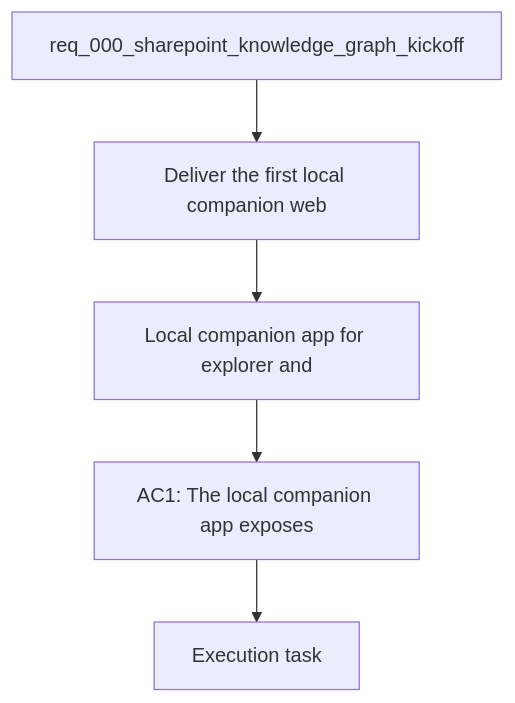
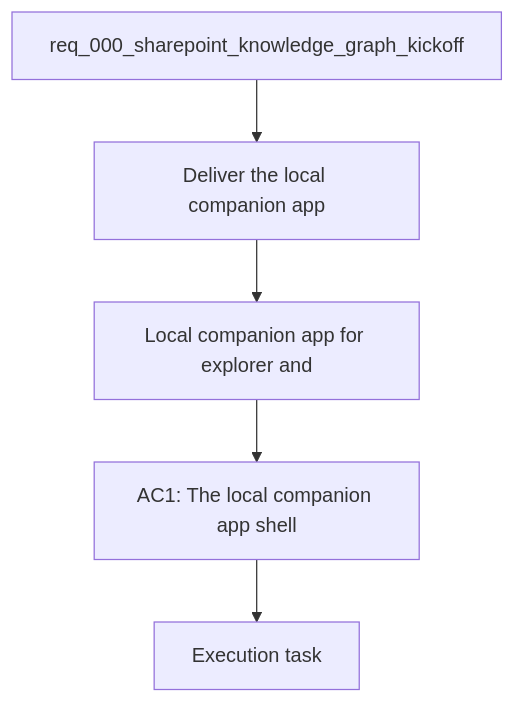
One commit to AlexAgo83/deepvault changed the diagram in logics/backlog/item_006_local_companion_app_for_explorer_and_chat.md. Above: the diagram before and after it, drawn with Mermaid. The commit also changed other lines of this file and 23 other files, not shown here.

Commit message:
Refine Logics product and architecture briefs

````diff
--- a/logics/backlog/item_006_local_companion_app_for_explorer_and_chat.md
+++ b/logics/backlog/item_006_local_companion_app_for_explorer_and_chat.md
@@ -23,9 +21,9 @@
 ```mermaid
 %% logics-kind: backlog
-%% logics-signature: backlog|local-companion-app-for-explorer-and-cha|req-000-sharepoint-knowledge-graph-kicko|deliver-the-first-local-companion-web|ac1-the-local-companion-app-exposes
+%% logics-signature: backlog|local-companion-app-for-explorer-and-cha|req-000-sharepoint-knowledge-graph-kicko|deliver-the-local-companion-app-shell|ac1-the-local-companion-app-shell
 flowchart TD
-    Request[req_000_sharepoint_knowledge_graph_kickoff] --> Problem[Deliver the first local companion web]
+    Request[req_000_sharepoint_knowledge_graph_kickoff] --> Problem[Deliver the local companion app]
     Problem --> Scope[Local companion app for explorer and]
-    Scope --> Acceptance[AC1: The local companion app exposes]
+    Scope --> Acceptance[AC1: The local companion app shell]
     Acceptance --> Tasks[Execution task]
 ```
````
